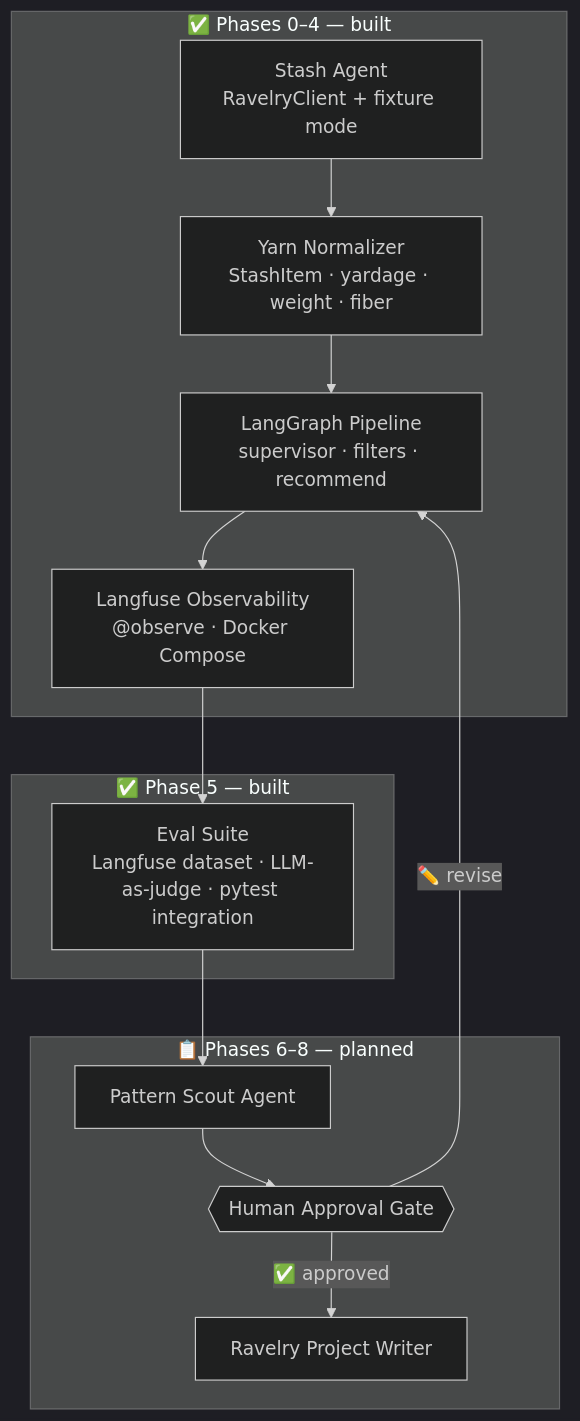
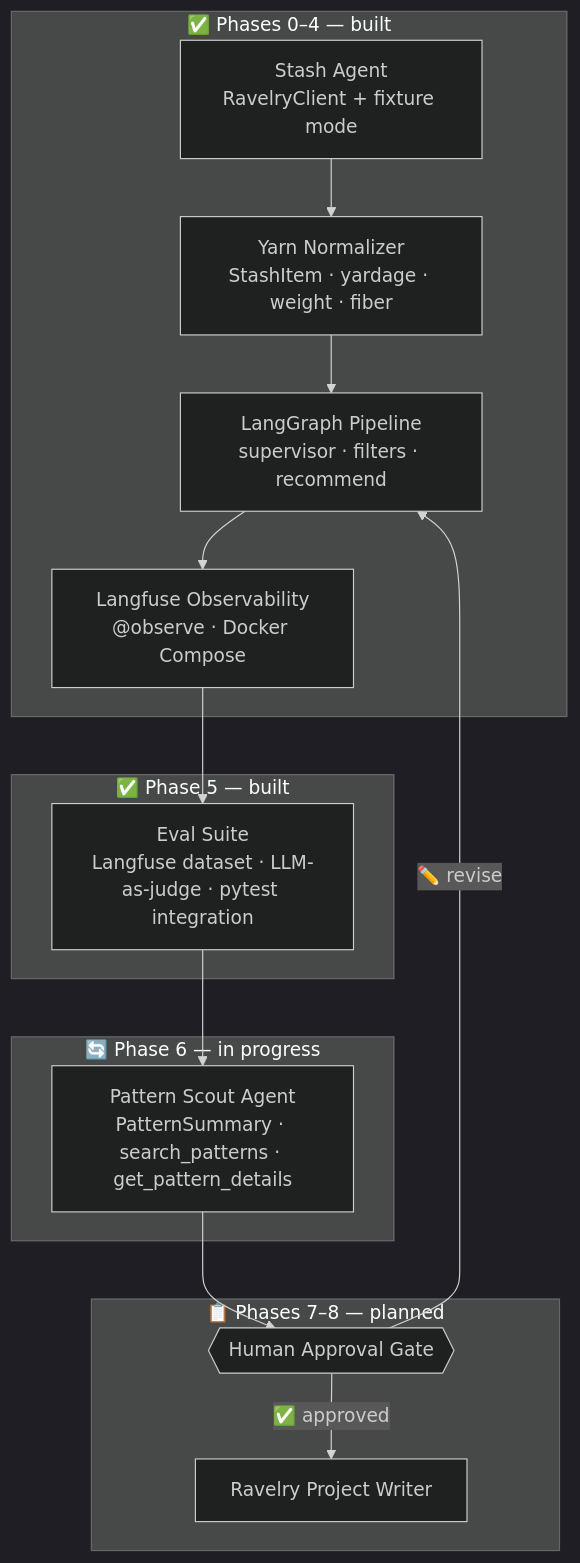
The second of 2 diagrams in README.md (ReneeErnst/skein-minder), drawn with Mermaid (dark theme) before and after one commit. The commit also changed other lines of this file and 6 other files, not shown here.

````diff
--- a/README.md
+++ b/README.md
@@ -39,23 +39,27 @@
 ```mermaid
 flowchart TD
     subgraph built ["✅ Phases 0–4 — built"]
         Stash["Stash Agent\nRavelryClient + fixture mode"]
         Norm["Yarn Normalizer\nStashItem · yardage · weight · fiber"]
         Graph["LangGraph Pipeline\nsupervisor · filters · recommend"]
         Obs["Langfuse Observability\n@observe · Docker Compose"]
     end
 
     subgraph built2 ["✅ Phase 5 — built"]
         Eval["Eval Suite\nLangfuse dataset · LLM-as-judge · pytest integration"]
     end
 
-    subgraph future ["📋 Phases 6–8 — planned"]
-        Pattern["Pattern Scout Agent"]
+    subgraph inprogress ["🔄 Phase 6 — in progress"]
+        Pattern["Pattern Scout Agent\nPatternSummary · search_patterns · get_pattern_details"]
+    end
+
+    subgraph future ["📋 Phases 7–8 — planned"]
         Gate{{"Human Approval Gate"}}
         Writer["Ravelry Project Writer"]
     end
 
     Stash --> Norm --> Graph --> Obs --> Eval
     Eval --> Pattern --> Gate -->|"✅ approved"| Writer
     Gate -->|"✏️ revise"| Graph
+
 ```
````
